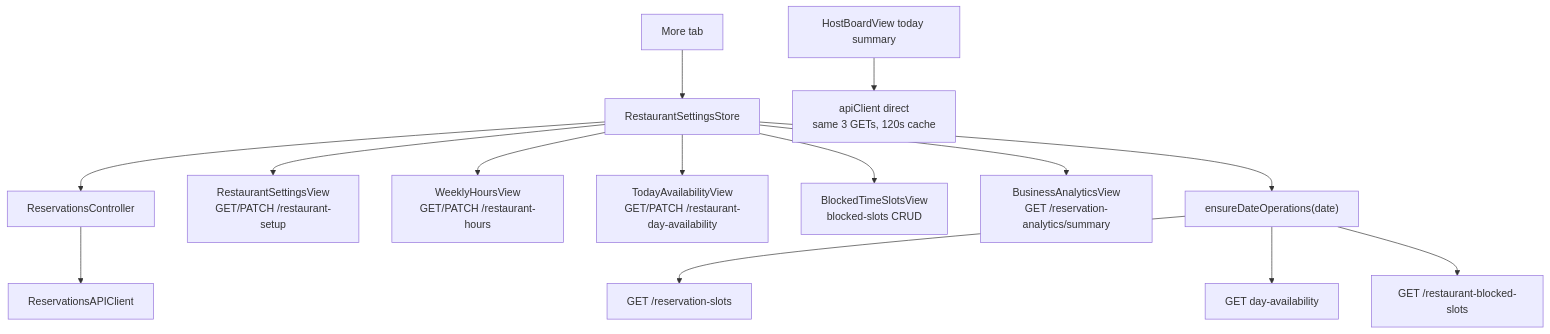
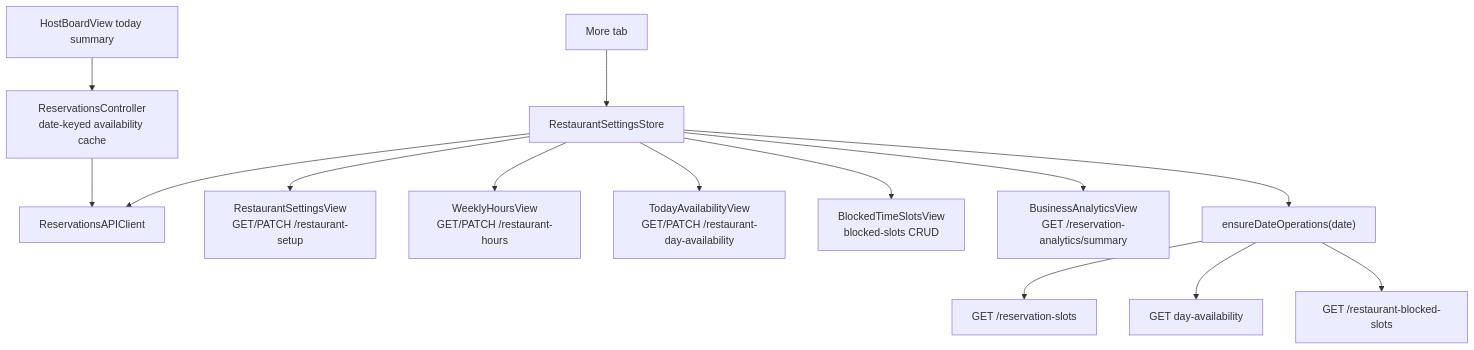
The seventh of 11 diagrams in ARCHITECTURE_DIAGRAMS.md (bohdan462/Reservation-iOS-App), drawn with Mermaid before and after one commit. The commit also changed other lines of this file and 3 other files, not shown here.

````diff
--- a/ARCHITECTURE_DIAGRAMS.md
+++ b/ARCHITECTURE_DIAGRAMS.md
@@ -304,19 +310,19 @@
 ```mermaid
 flowchart TD
     More["More tab"] --> RS["RestaurantSettingsStore"]
-    RS --> Ctrl["ReservationsController"]
-    Ctrl --> API["ReservationsAPIClient"]
+    RS --> API["ReservationsAPIClient"]
 
     RS --> Setup["RestaurantSettingsView<br/>GET/PATCH /restaurant-setup"]
     RS --> Hours["WeeklyHoursView<br/>GET/PATCH /restaurant-hours"]
     RS --> Day["TodayAvailabilityView<br/>GET/PATCH /restaurant-day-availability"]
     RS --> Blocked["BlockedTimeSlotsView<br/>blocked-slots CRUD"]
     RS --> Analytics["BusinessAnalyticsView<br/>GET /reservation-analytics/summary"]
 
     RS --> EDO["ensureDateOperations(date)"]
     EDO --> Slots["GET /reservation-slots"]
     EDO --> Avail["GET day-availability"]
     EDO --> BlockedGET["GET /restaurant-blocked-slots"]
 
-    Home["HostBoardView today summary"] --> API2["apiClient direct<br/>same 3 GETs, 120s cache"]
+    Home["HostBoardView today summary"] --> Ctrl["ReservationsController<br/>date-keyed availability cache"]
+    Ctrl --> API
 ```
````
